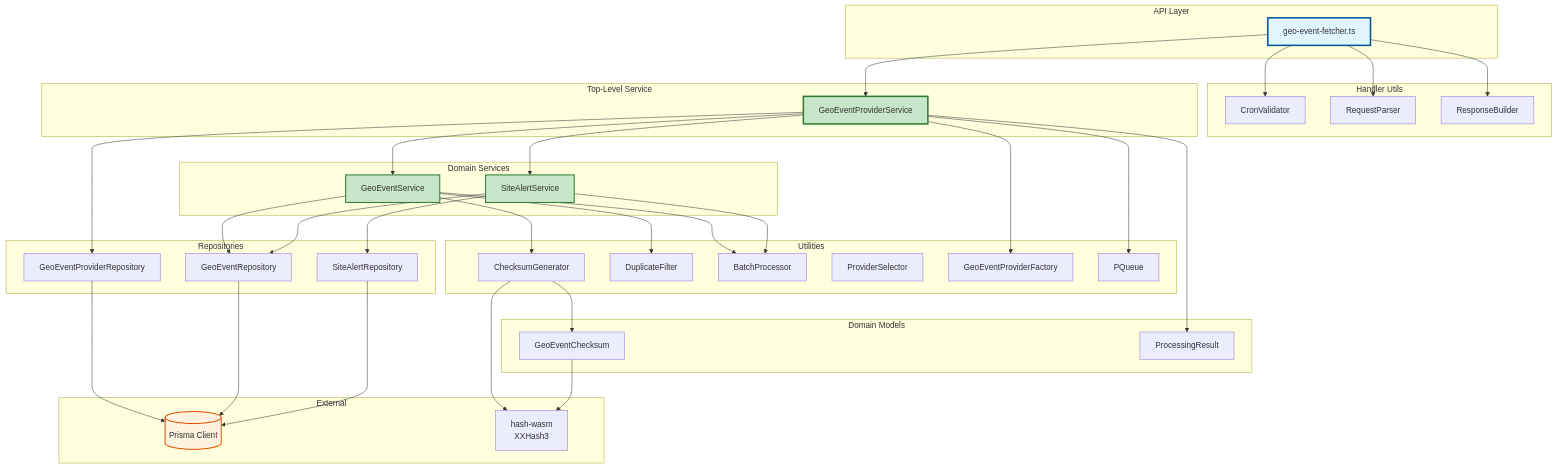
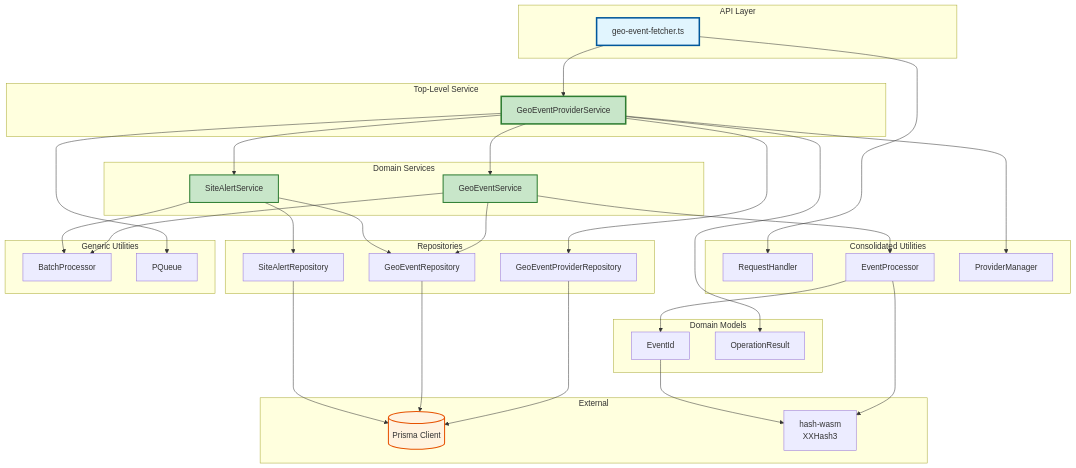
One commit to Plant-for-the-Planet-org/FireAlert changed the eighth of 8 diagrams in .kiro/specs/geoeventfetcher-refactoring/ARCHITECTURE_FLOW_DIAGRAM.md. Above: the diagram before and after it, drawn with Mermaid. The commit also changed other lines of this file and 21 other files, not shown here.

First line of the commit message:
refactor(geoeventfetcher): Consolidate utilities and reorganize service architecture

````diff
--- a/.kiro/specs/geoeventfetcher-refactoring/ARCHITECTURE_FLOW_DIAGRAM.md
+++ b/.kiro/specs/geoeventfetcher-refactoring/ARCHITECTURE_FLOW_DIAGRAM.md
@@ -424,81 +413,74 @@
 ```mermaid
 graph TB
     subgraph "API Layer"
         Handler[geo-event-fetcher.ts]
     end
 
-    subgraph "Handler Utils"
-        CronVal[CronValidator]
-        ReqParser[RequestParser]
-        RespBuilder[ResponseBuilder]
+    subgraph "Consolidated Utilities"
+        ReqHandler[RequestHandler]
+        EventProc[EventProcessor]
+        ProvMgr[ProviderManager]
     end
 
     subgraph "Top-Level Service"
         ProviderSvc[GeoEventProviderService]
     end
 
     subgraph "Domain Services"
         GeoEventSvc[GeoEventService]
         SiteAlertSvc[SiteAlertService]
     end
 
     subgraph "Repositories"
         ProviderRepo[GeoEventProviderRepository]
         GeoEventRepo[GeoEventRepository]
         SiteAlertRepo[SiteAlertRepository]
     end
 
-    subgraph "Utilities"
-        ChecksumGen[ChecksumGenerator]
-        DupFilter[DuplicateFilter]
+    subgraph "Generic Utilities"
         BatchProc[BatchProcessor]
-        ProviderSel[ProviderSelector]
-        ProviderFact[GeoEventProviderFactory]
         Queue[PQueue]
     end
 
     subgraph "Domain Models"
-        Checksum[GeoEventChecksum]
-        Result[ProcessingResult]
+        EventId[EventId]
+        OpResult[OperationResult]
     end
 
     subgraph "External"
         Prisma[(Prisma Client)]
         XXHash[hash-wasm<br/>XXHash3]
     end
 
-    Handler --> CronVal
-    Handler --> ReqParser
-    Handler --> RespBuilder
+    Handler --> ReqHandler
     Handler --> ProviderSvc
 
     ProviderSvc --> ProviderRepo
     ProviderSvc --> GeoEventSvc
     ProviderSvc --> SiteAlertSvc
-    ProviderSvc --> ProviderFact
+    ProviderSvc --> ProvMgr
     ProviderSvc --> Queue
-    ProviderSvc --> Result
+    ProviderSvc --> OpResult
 
     GeoEventSvc --> GeoEventRepo
-    GeoEventSvc --> ChecksumGen
-    GeoEventSvc --> DupFilter
+    GeoEventSvc --> EventProc
     GeoEventSvc --> BatchProc
 
     SiteAlertSvc --> SiteAlertRepo
     SiteAlertSvc --> GeoEventRepo
     SiteAlertSvc --> BatchProc
 
     ProviderRepo --> Prisma
     GeoEventRepo --> Prisma
     SiteAlertRepo --> Prisma
 
-    ChecksumGen --> Checksum
-    ChecksumGen --> XXHash
-    Checksum --> XXHash
+    EventProc --> EventId
+    EventProc --> XXHash
+    EventId --> XXHash
 
     style Handler fill:#e1f5fe,stroke:#01579b,stroke-width:3px
     style ProviderSvc fill:#c8e6c9,stroke:#2e7d32,stroke-width:3px
     style GeoEventSvc fill:#c8e6c9,stroke:#2e7d32,stroke-width:2px
     style SiteAlertSvc fill:#c8e6c9,stroke:#2e7d32,stroke-width:2px
     style Prisma fill:#fff3e0,stroke:#e65100,stroke-width:2px
 ```
````
